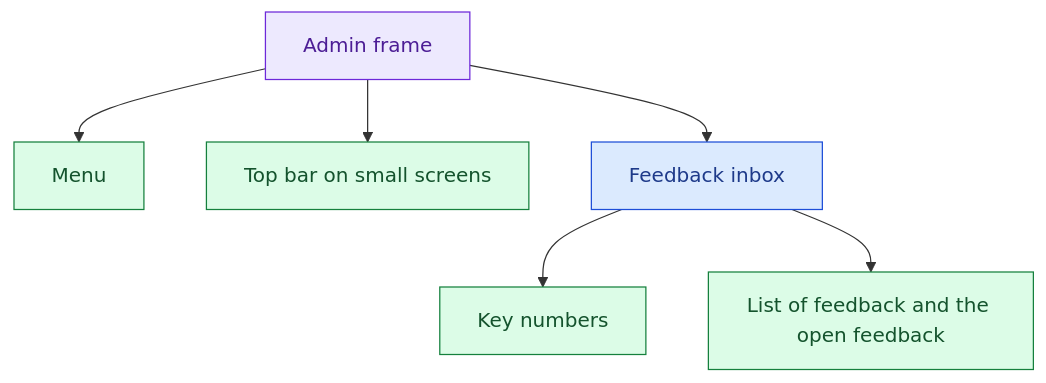
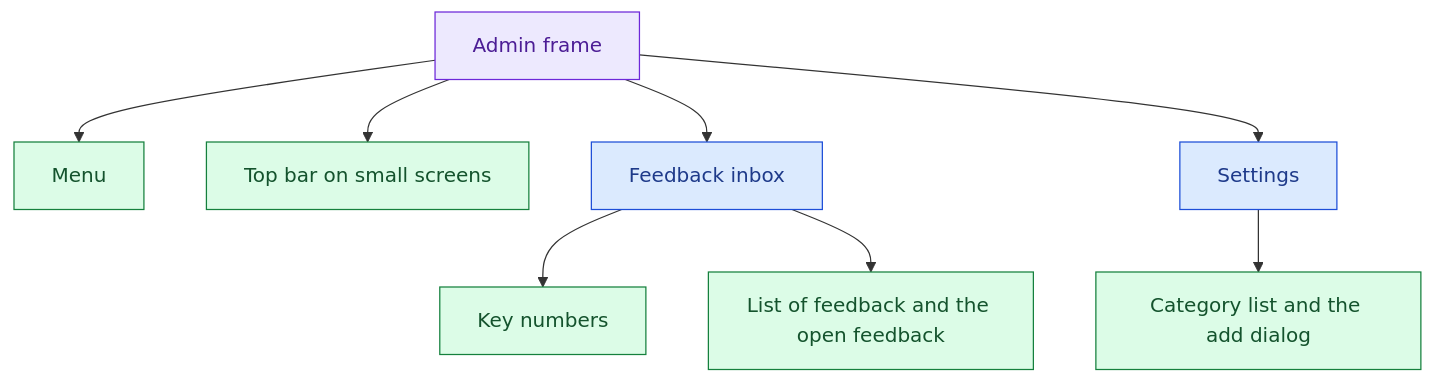
The sixth of 13 diagrams in apps/admin/docs/architecture.md (AlberteViendahl/feedback), drawn with Mermaid before and after one commit. The commit also changed other lines of this file, not shown here.

Commit message:
Updates to architecture

````diff
--- a/apps/admin/docs/architecture.md
+++ b/apps/admin/docs/architecture.md
@@ -201,21 +212,25 @@
 ```mermaid
 flowchart TD
   Frame["Admin frame"]:::layout
   Menu["Menu"]:::component
   TopBar["Top bar on small screens"]:::component
   Inbox["Feedback inbox"]:::page
   KeyNums["Key numbers"]:::component
   Parts["List of feedback and the open feedback"]:::component
+  Settings["Settings"]:::page
+  Categories["Category list and the add dialog"]:::component
 
   Frame --> TopBar
   Frame --> Menu
   Frame --> Inbox
   Inbox --> KeyNums
   Inbox --> Parts
+  Frame --> Settings
+  Settings --> Categories
 
   classDef page fill:#DBEAFE,stroke:#1D4ED8,color:#1E3A8A
   classDef layout fill:#EDE9FE,stroke:#6D28D9,color:#4C1D95
   classDef component fill:#DCFCE7,stroke:#15803D,color:#14532D
   classDef store fill:#FFEDD5,stroke:#C2410C,color:#7C2D12
   classDef mock fill:#F3F4F6,stroke:#4B5563,color:#1F2937,stroke-dasharray:4 3
 ```
````
